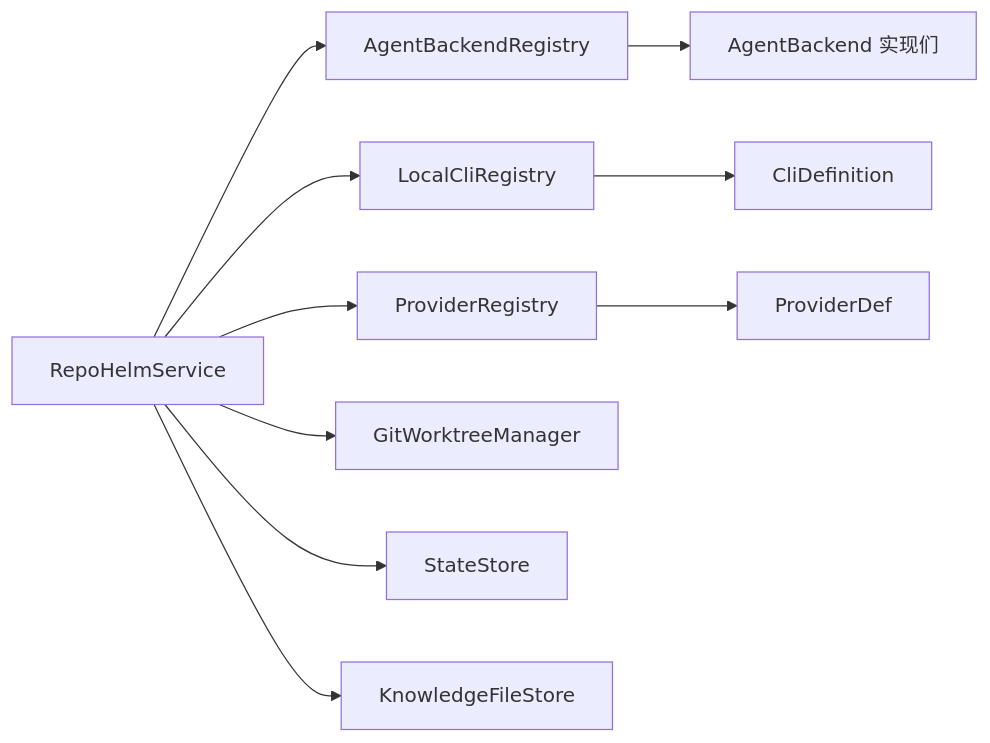
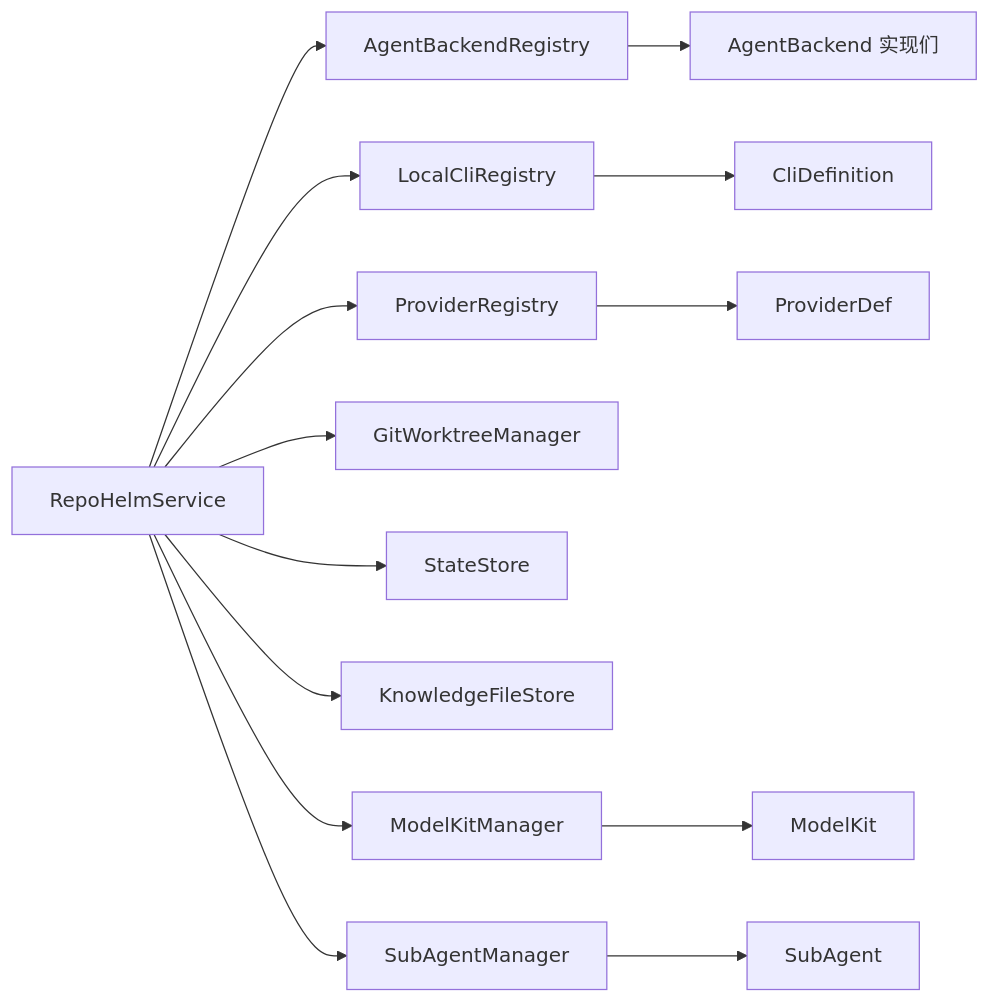
One commit to coconilu/RepoHelm changed the ninth of 9 diagrams in .qoder/repowiki/zh/content/Agent 后端系统/Agent 后端系统.md. Above: the diagram before and after it, drawn with Mermaid. The commit also changed other lines of this file and 14 other files, not shown here.

First line of the commit message:
Add ModelKit and Sub-Agent features

````diff
--- a/.qoder/repowiki/zh/content/Agent 后端系统/Agent 后端系统.md
+++ b/.qoder/repowiki/zh/content/Agent 后端系统/Agent 后端系统.md
@@ -343,12 +511,16 @@
 ```mermaid
 graph LR
 Svc["RepoHelmService"] --> Reg["AgentBackendRegistry"]
 Svc --> LCI["LocalCliRegistry"]
 Svc --> PRI["ProviderRegistry"]
 Svc --> GTM["GitWorktreeManager"]
 Svc --> STO["StateStore"]
 Svc --> KFS["KnowledgeFileStore"]
+Svc --> MKM["ModelKitManager"]
+Svc --> SAM["SubAgentManager"]
 Reg --> AB["AgentBackend 实现们"]
 PRI --> PD["ProviderDef"]
 LCI --> CD["CliDefinition"]
+MKM --> MK["ModelKit"]
+SAM --> SA["SubAgent"]
 ```
````
